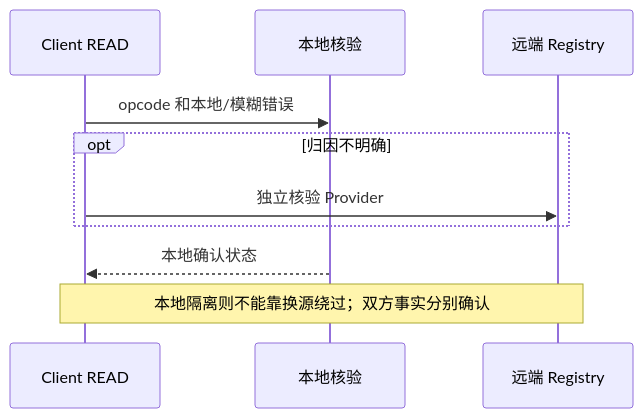
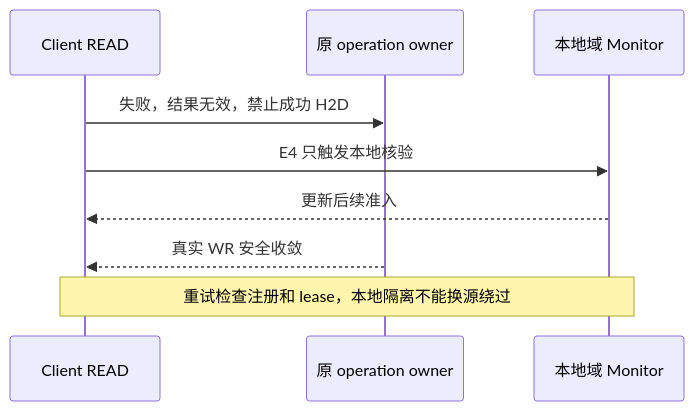
The third of 7 diagrams in docs/analyze/ub_fault_isolation_design.md (HangCong126/Supercache), drawn with Mermaid before and after one commit. The commit also changed other lines of this file, not shown here.

````diff
--- a/docs/analyze/ub_fault_isolation_design.md
+++ b/docs/analyze/ub_fault_isolation_design.md
@@ -223,12 +312,11 @@
 ```mermaid
 sequenceDiagram
     participant C as Client READ
-    participant H as 本地核验
-    participant R as 远端 Registry
-    C->>H: opcode 和本地/模糊错误
-    opt 归因不明确
-        C->>R: 独立核验 Provider
-    end
-    H-->>C: 本地确认状态
-    Note over C,R: 本地隔离则不能靠换源绕过；双方事实分别确认
+    participant O as 原 operation owner
+    participant H as 本地域 Monitor
+    C->>O: 失败，结果无效，禁止成功 H2D
+    C->>H: E4 只触发本地核验
+    H-->>C: 更新后续准入
+    O-->>C: 真实 WR 安全收敛
+    Note over C,H: 重试检查注册和 lease，本地隔离不能换源绕过
 ```
````
